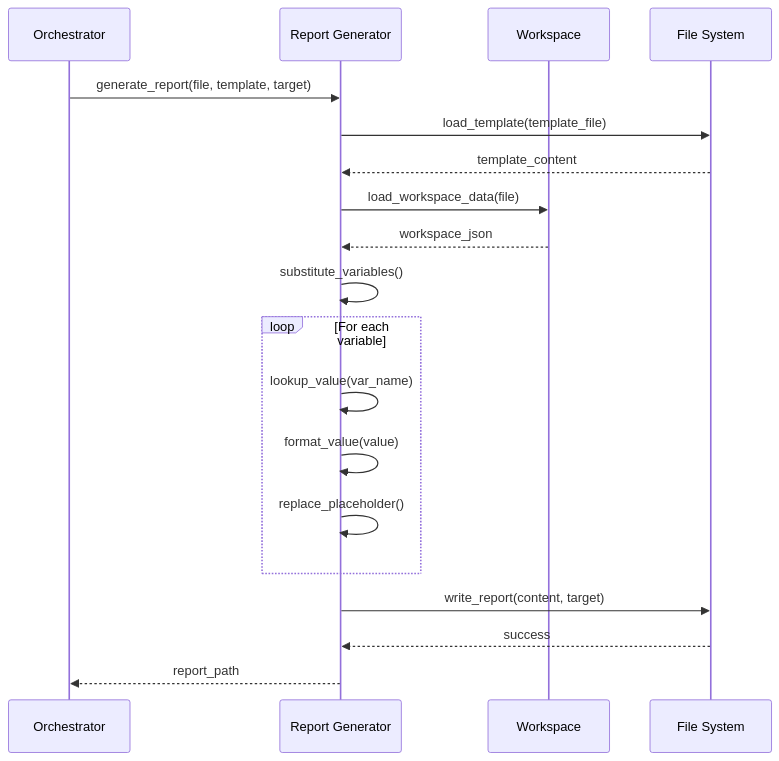
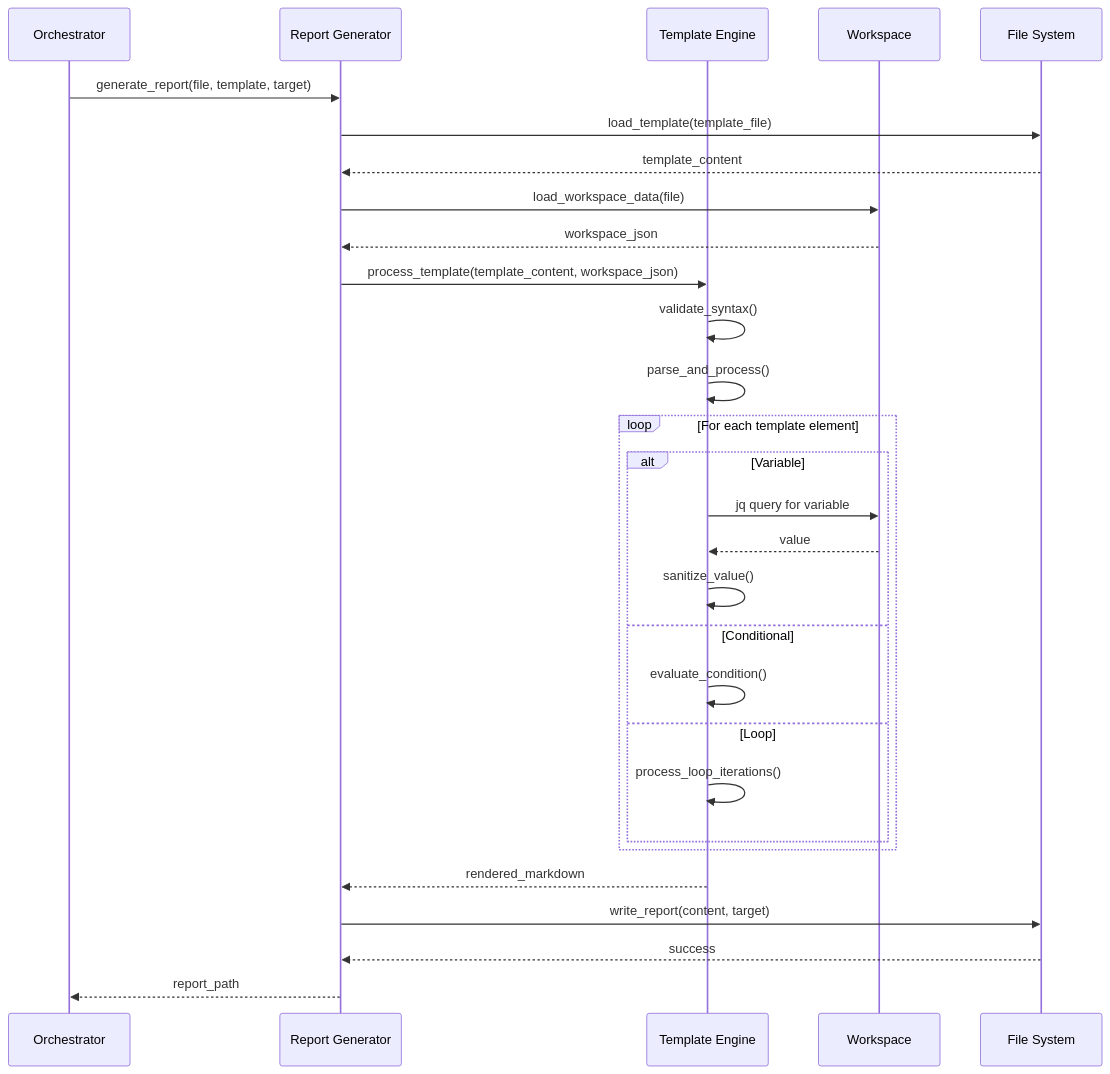
The sixth of 9 diagrams in 01_vision/03_architecture/05_building_block_view/05_building_block_view.md (PeculiarMind/doc.doc.md), drawn with Mermaid before and after one commit. The commit also changed other lines of this file and 5 other files, not shown here.

````diff
--- a/01_vision/03_architecture/05_building_block_view/05_building_block_view.md
+++ b/01_vision/03_architecture/05_building_block_view/05_building_block_view.md
@@ -509,22 +547,32 @@
 ```mermaid
 sequenceDiagram
     participant EO as Orchestrator
     participant RG as Report Generator
+    participant TE as Template Engine
     participant WS as Workspace
     participant FS as File System
     
     EO->>RG: generate_report(file, template, target)
     RG->>FS: load_template(template_file)
     FS-->>RG: template_content
     RG->>WS: load_workspace_data(file)
     WS-->>RG: workspace_json
-    RG->>RG: substitute_variables()
-    loop For each variable
-        RG->>RG: lookup_value(var_name)
-        RG->>RG: format_value(value)
-        RG->>RG: replace_placeholder()
+    RG->>TE: process_template(template_content, workspace_json)
+    TE->>TE: validate_syntax()
+    TE->>TE: parse_and_process()
+    loop For each template element
+        alt Variable
+            TE->>WS: jq query for variable
+            WS-->>TE: value
+            TE->>TE: sanitize_value()
+        else Conditional
+            TE->>TE: evaluate_condition()
+        else Loop
+            TE->>TE: process_loop_iterations()
+        end
     end
+    TE-->>RG: rendered_markdown
     RG->>FS: write_report(content, target)
     FS-->>RG: success
     RG-->>EO: report_path
 ```
````
